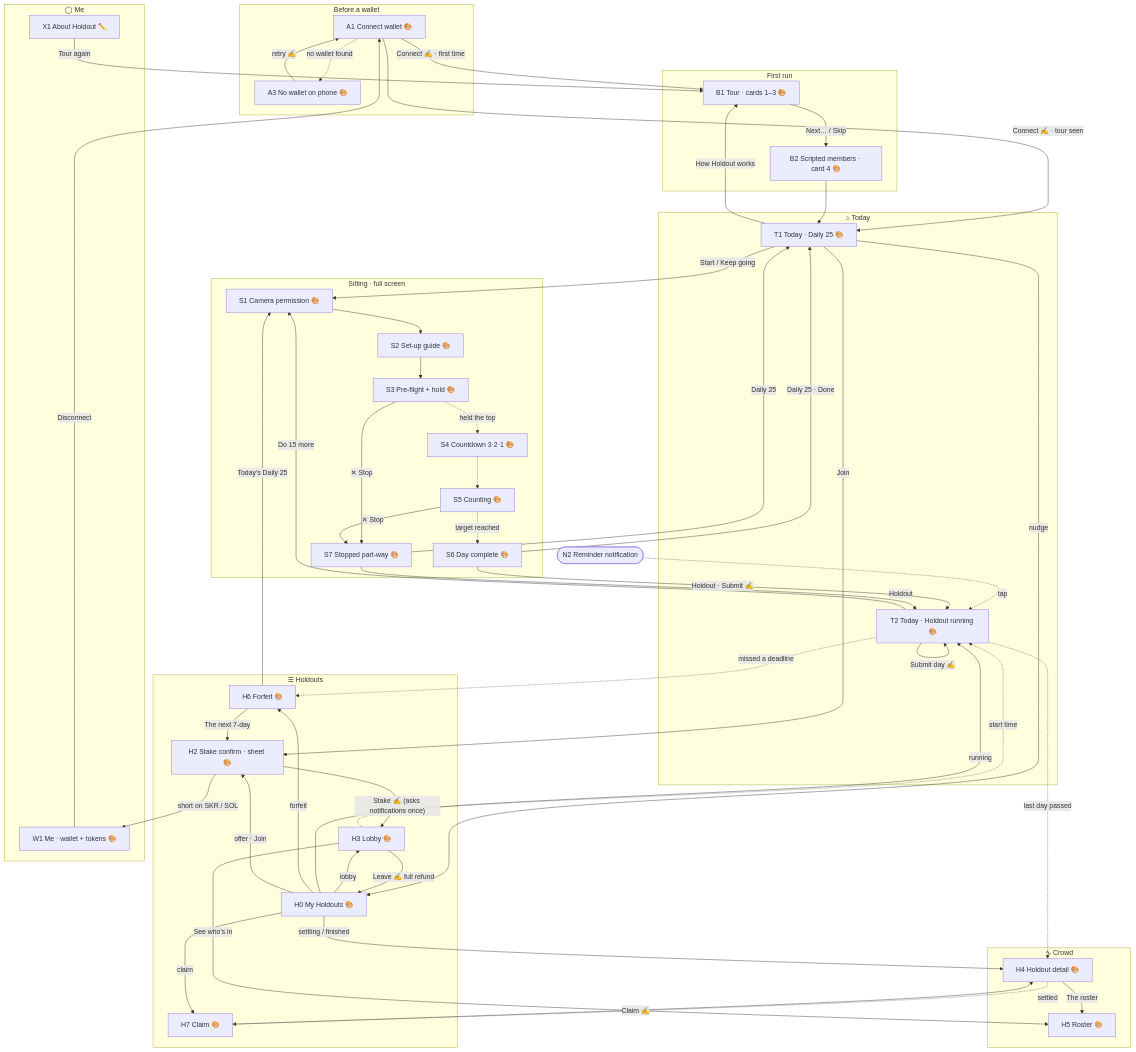
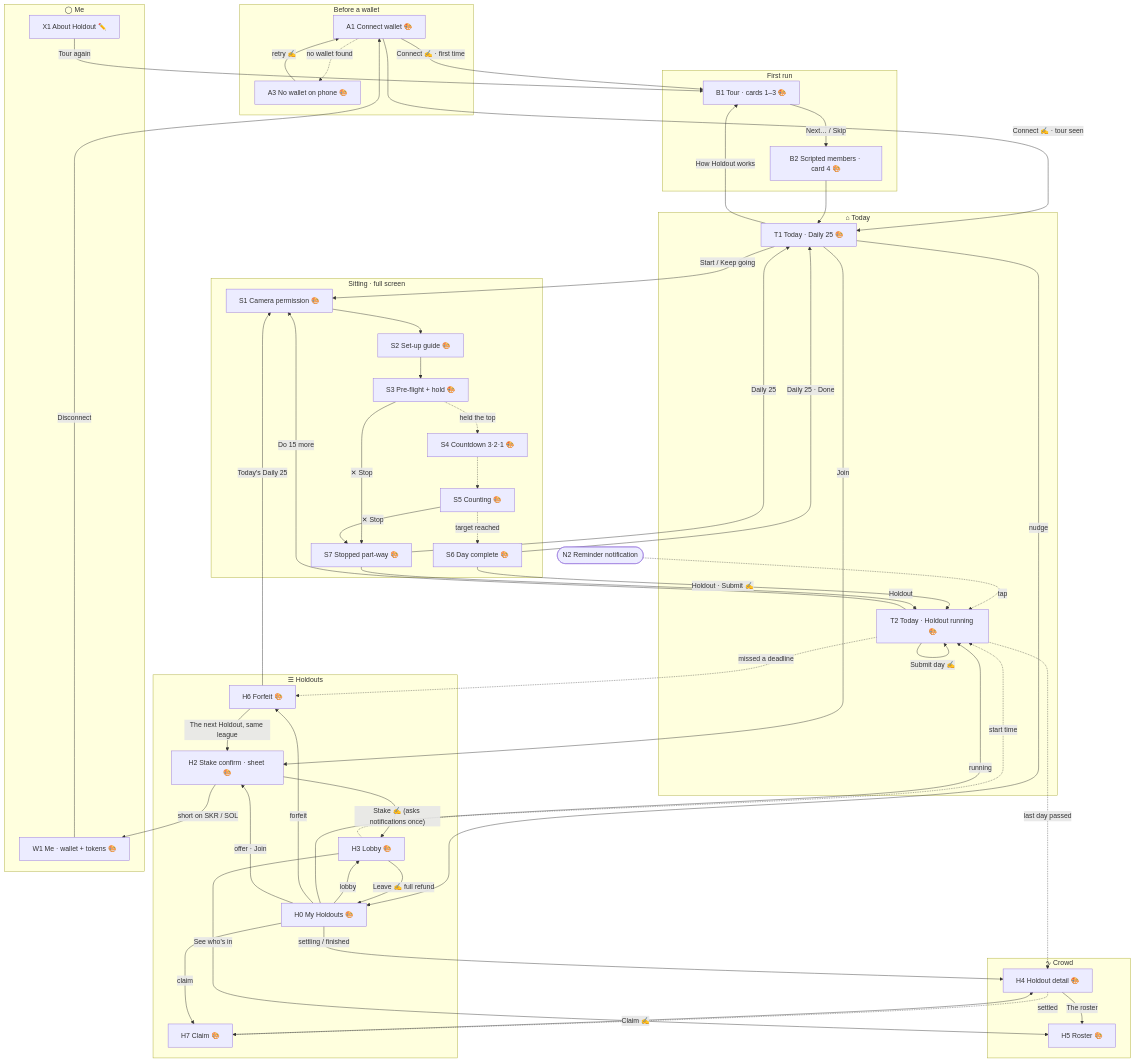
One commit to illia-loshchinin/holdout changed the diagram in docs/holdout_screen_map.md. Above: the diagram before and after it, drawn with Mermaid. The commit also changed other lines of this file and 61 other files, not shown here.

```diff
--- a/docs/holdout_screen_map.md
+++ b/docs/holdout_screen_map.md
@@ -230,7 +230,7 @@
     T2 -. "missed a deadline" .-> H6
     T2 -. "last day passed" .-> H4
     H6 -- "Today's Daily 25" --> S1
-    H6 -- "The next 7-day" --> H2
+    H6 -- "The next Holdout, same league" --> H2
     H7 -- "Claim ✍" --> H4
 
     %% me
```
